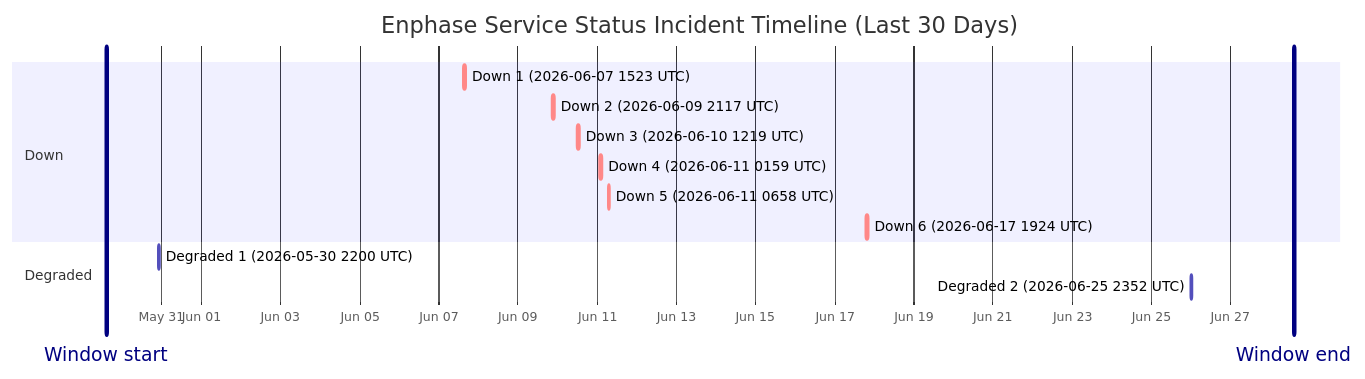
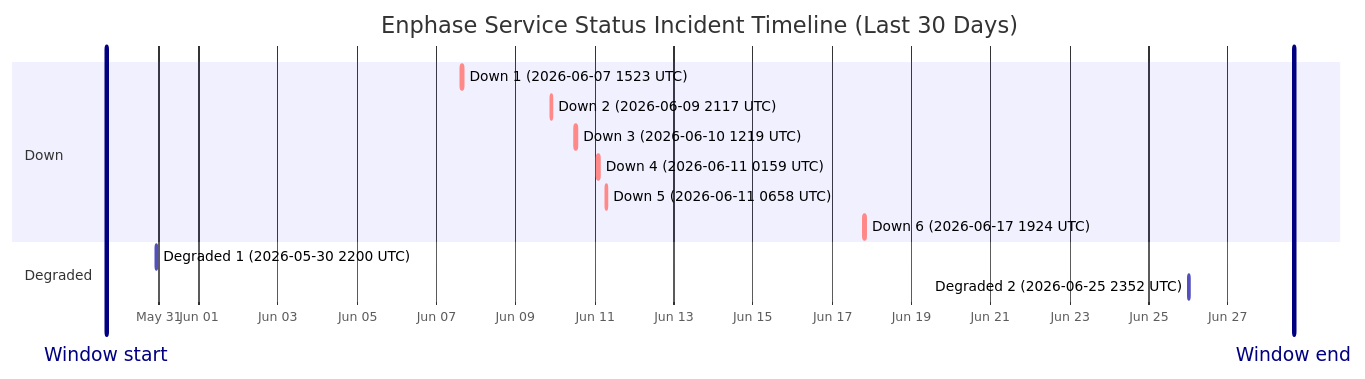
Before and after one commit to barneyonline/ha-enphase-energy: the diagram in wiki/Service-Status-History.md, drawn with Mermaid. The commit also changed other lines of this file and 3 other files, not shown here.

````diff
--- a/wiki/Service-Status-History.md
+++ b/wiki/Service-Status-History.md
@@ -14,18 +14,18 @@
 ```mermaid
 gantt
     title Enphase Service Status Incident Timeline (Last 30 Days)
     dateFormat  YYYY-MM-DDTHH:mm:ss
     axisFormat  %b %d
-    Window start :vert, window-start, 2026-05-29T14:22:13, 0ms
-    Window end :vert, window-end, 2026-06-28T14:22:13, 0ms
+    Window start :vert, window-start, 2026-05-29T15:48:22, 0ms
+    Window end :vert, window-end, 2026-06-28T15:48:22, 0ms
     section Down
     Down 1 (2026-06-07 1523 UTC) :crit, down-1, 2026-06-07T15:23:22, 87m
     Down 2 (2026-06-09 2117 UTC) :crit, down-2, 2026-06-09T21:17:17, 60m
     Down 3 (2026-06-10 1219 UTC) :crit, down-3, 2026-06-10T12:19:21, 60m
     Down 4 (2026-06-11 0159 UTC) :crit, down-4, 2026-06-11T01:59:36, 60m
     Down 5 (2026-06-11 0658 UTC) :crit, down-5, 2026-06-11T06:58:45, 60m
     Down 6 (2026-06-17 1924 UTC) :crit, down-6, 2026-06-17T19:24:51, 60m
     section Degraded
     Degraded 1 (2026-05-30 2200 UTC) :active, degraded-1, 2026-05-30T22:00:37, 60m
     Degraded 2 (2026-06-25 2352 UTC) :active, degraded-2, 2026-06-25T23:52:01, 60m
 ```
````
